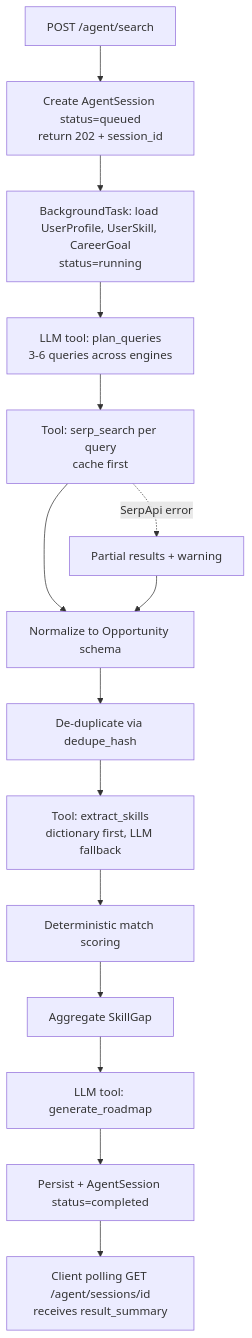
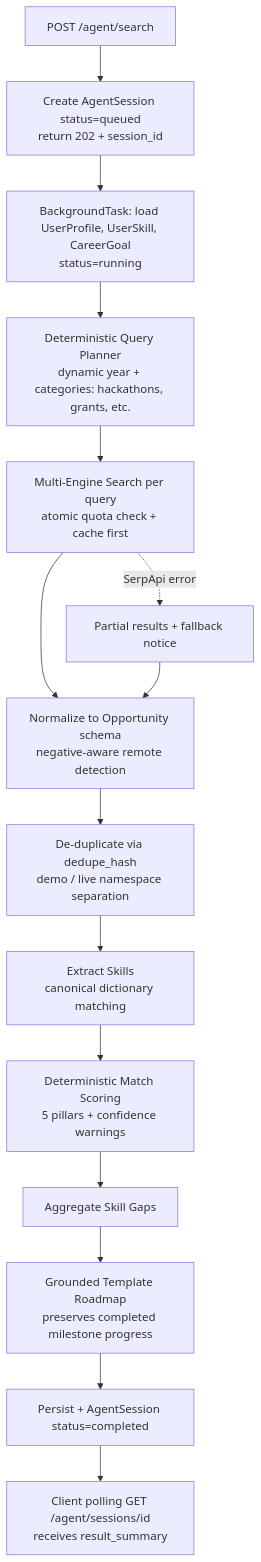
The second of 2 diagrams in README.md (neevbaldha2007/OpportunityOS), drawn with Mermaid before and after one commit. The commit also changed other lines of this file and 96 other files, not shown here.

````diff
--- a/README.md
+++ b/README.md
@@ -133,17 +136,17 @@
 ```mermaid
 flowchart TD
   A[POST /agent/search] --> C[Create AgentSession status=queued<br/>return 202 + session_id]
   C --> B[BackgroundTask: load UserProfile, UserSkill, CareerGoal<br/>status=running]
-  B --> D[LLM tool: plan_queries<br/>3-6 queries across engines]
-  D --> E[Tool: serp_search per query<br/>cache first]
-  E --> F[Normalize to Opportunity schema]
-  F --> G[De-duplicate via dedupe_hash]
-  G --> H[Tool: extract_skills<br/>dictionary first, LLM fallback]
-  H --> I[Deterministic match scoring]
-  I --> J[Aggregate SkillGap]
-  J --> K[LLM tool: generate_roadmap]
+  B --> D[Deterministic Query Planner<br/>dynamic year + categories: hackathons, grants, etc.]
+  D --> E[Multi-Engine Search per query<br/>atomic quota check + cache first]
+  E --> F[Normalize to Opportunity schema<br/>negative-aware remote detection]
+  F --> G[De-duplicate via dedupe_hash<br/>demo / live namespace separation]
+  G --> H[Extract Skills<br/>canonical dictionary matching]
+  H --> I[Deterministic Match Scoring<br/>5 pillars + confidence warnings]
+  I --> J[Aggregate Skill Gaps]
+  J --> K[Grounded Template Roadmap<br/>preserves completed milestone progress]
   K --> L[Persist + AgentSession status=completed]
   L --> M[Client polling GET /agent/sessions/id<br/>receives result_summary]
-  E -. SerpApi error .-> X[Partial results + warning]
+  E -. SerpApi error .-> X[Partial results + fallback notice]
   X --> F
 ```
````
